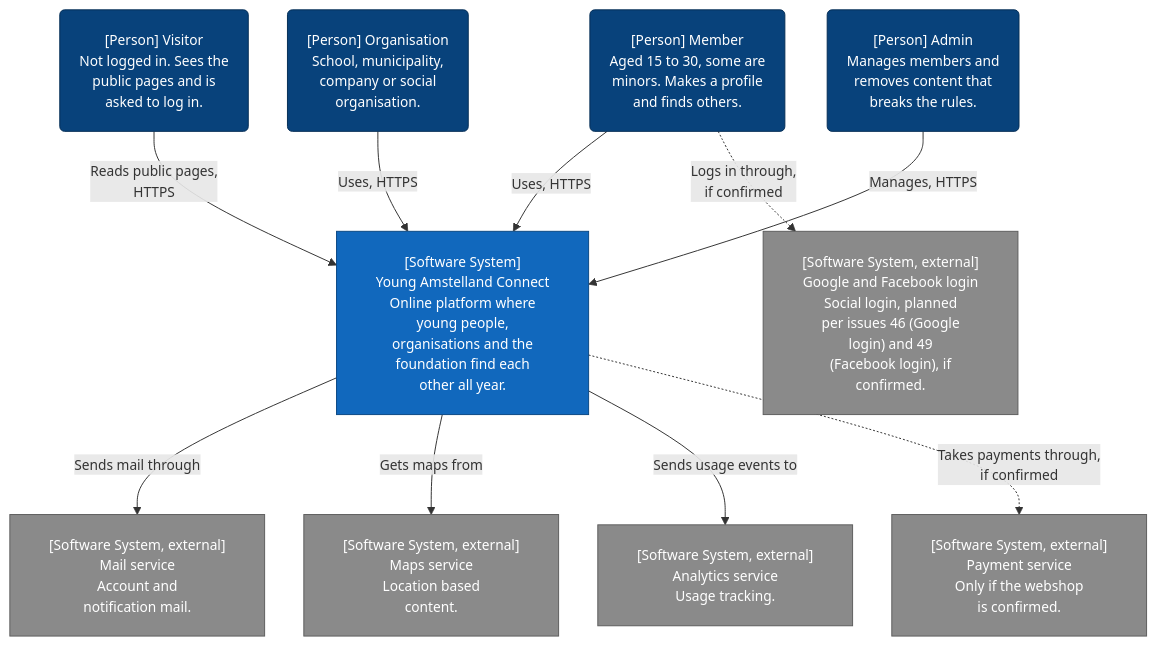
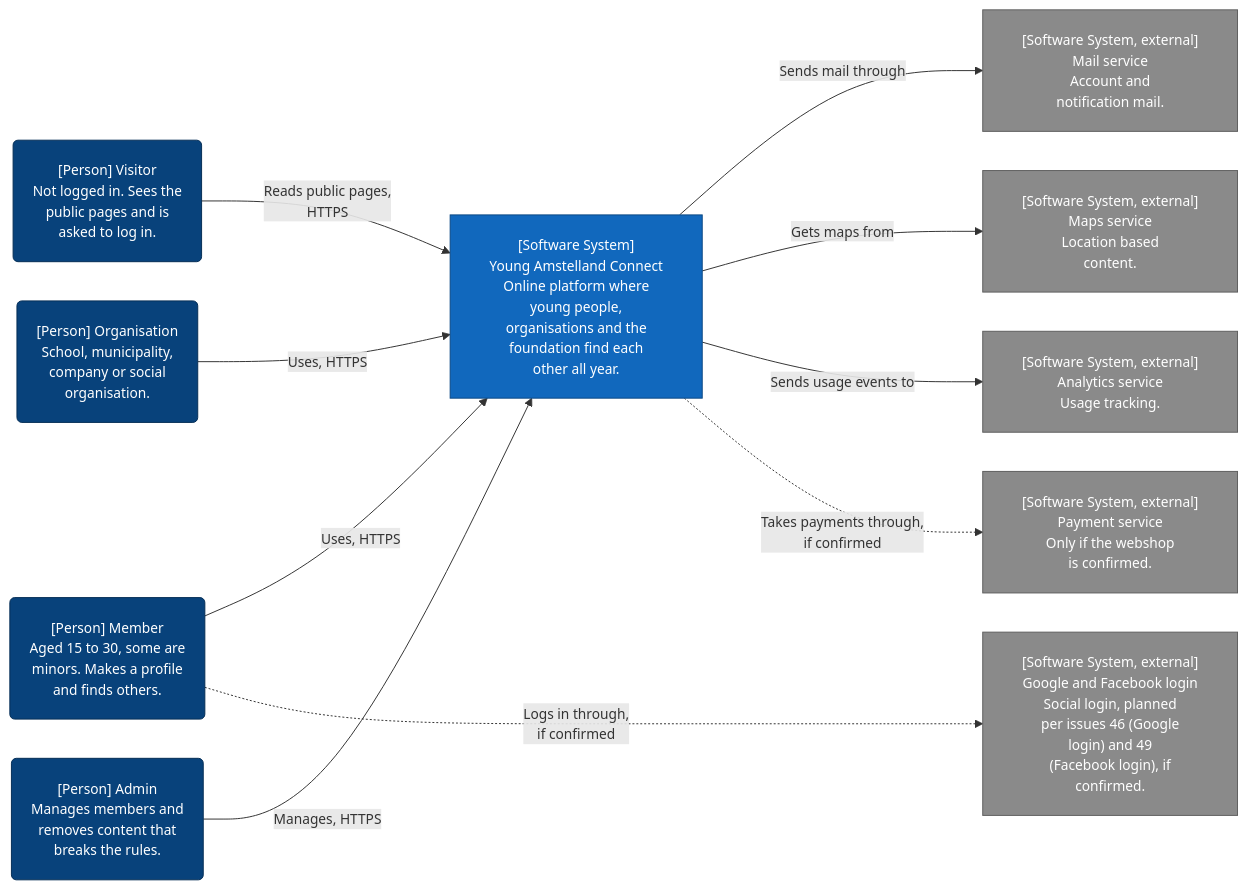
One commit to guruITA/connect-nine changed the second of 5 diagrams in docs/wesley/securityAndArchitectureEvidence.md. Above: the diagram before and after it, drawn with Mermaid. The commit also changed other lines of this file and 4 other files, not shown here.

Commit message:
docs(docs): add Kubernetes and mermaid diagrams to the architecture and research documents (#38)

````diff
--- a/docs/wesley/securityAndArchitectureEvidence.md
+++ b/docs/wesley/securityAndArchitectureEvidence.md
@@ -73,29 +96,29 @@
 ```mermaid
-%%{init: {'flowchart': {'wrappingWidth': 220, 'padding': 20, 'nodeSpacing': 40, 'rankSpacing': 60, 'subGraphTitleMargin': {'top': 10, 'bottom': 10}}, 'themeVariables': {'fontSize': '14px'}}}%%
-flowchart TB
+%%{init: {'flowchart': {'wrappingWidth': 220, 'padding': 20, 'nodeSpacing': 40, 'rankSpacing': 120, 'subGraphTitleMargin': {'top': 10, 'bottom': 10}}, 'themeVariables': {'fontSize': '14px'}}}%%
+flowchart LR
     visitor("[Person] Visitor<br/>Not logged in. Sees the<br/>public pages and is<br/>asked to log in.")
     young("[Person] Member<br/>Aged 15 to 30, some are<br/>minors. Makes a profile<br/>and finds others.")
     org("[Person] Organisation<br/>School, municipality,<br/>company or social<br/>organisation.")
     admin("[Person] Admin<br/>Manages members and<br/>removes content that<br/>breaks the rules.")
     connect["[Software System]<br/>Young Amstelland Connect<br/>Online platform where<br/>young people,<br/>organisations and the<br/>foundation find each<br/>other all year."]
     mail["[Software System, external]<br/>Mail service<br/>Account and<br/>notification mail."]
     maps["[Software System, external]<br/>Maps service<br/>Location based<br/>content."]
     analytics["[Software System, external]<br/>Analytics service<br/>Usage tracking."]
     pay["[Software System, external]<br/>Payment service<br/>Only if the webshop<br/>is confirmed."]
     social["[Software System, external]<br/>Google and Facebook login<br/>Social login, planned<br/>per issues 46 (Google<br/>login) and 49<br/>(Facebook login), if<br/>confirmed."]
     visitor -->|"Reads public pages,<br/>HTTPS"| connect
     young -->|"Uses, HTTPS"| connect
     org -->|"Uses, HTTPS"| connect
     admin -->|"Manages, HTTPS"| connect
     connect -->|"Sends mail through"| mail
     connect -->|"Gets maps from"| maps
     connect -->|"Sends usage events to"| analytics
     connect -.->|"Takes payments through,<br/>if confirmed"| pay
-    young -.->|"Logs in through,<br/>if confirmed"| social
+    young -..->|"Logs in through,<br/>if confirmed"| social
     classDef person fill:#08427b,color:#ffffff,stroke:#052e56
     classDef system fill:#1168bd,color:#ffffff,stroke:#0b4884
     classDef external fill:#8a8a8a,color:#ffffff,stroke:#5e5e5e
     class visitor,young,org,admin person
     class connect system
     class mail,maps,analytics,pay,social external
 ```
````
